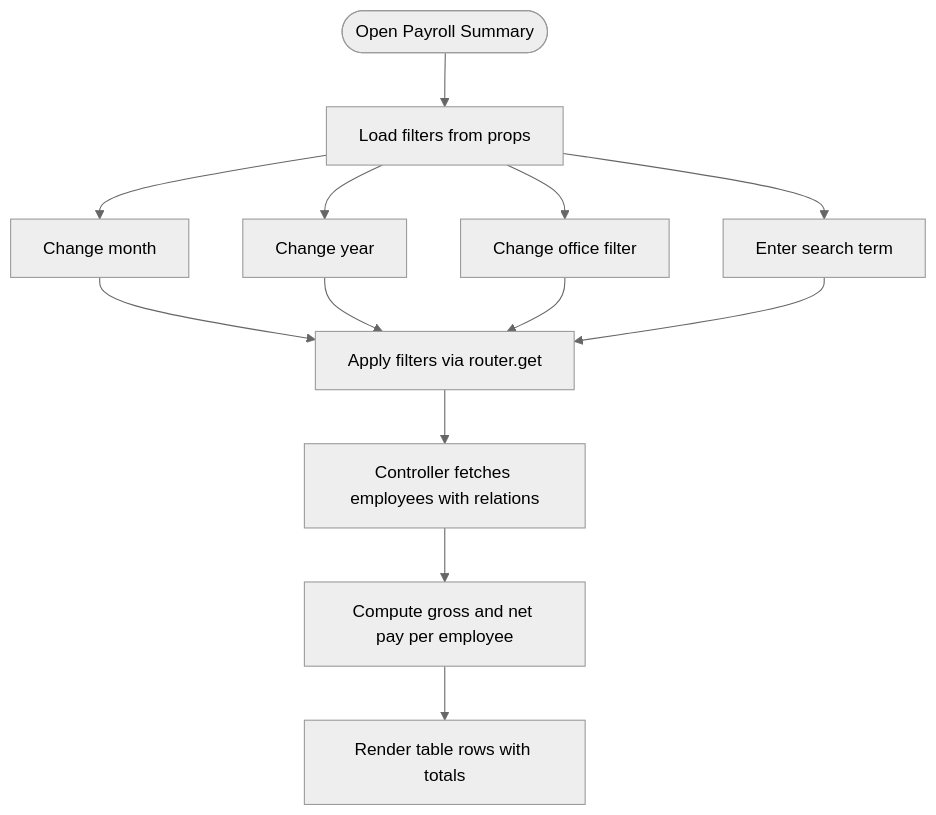
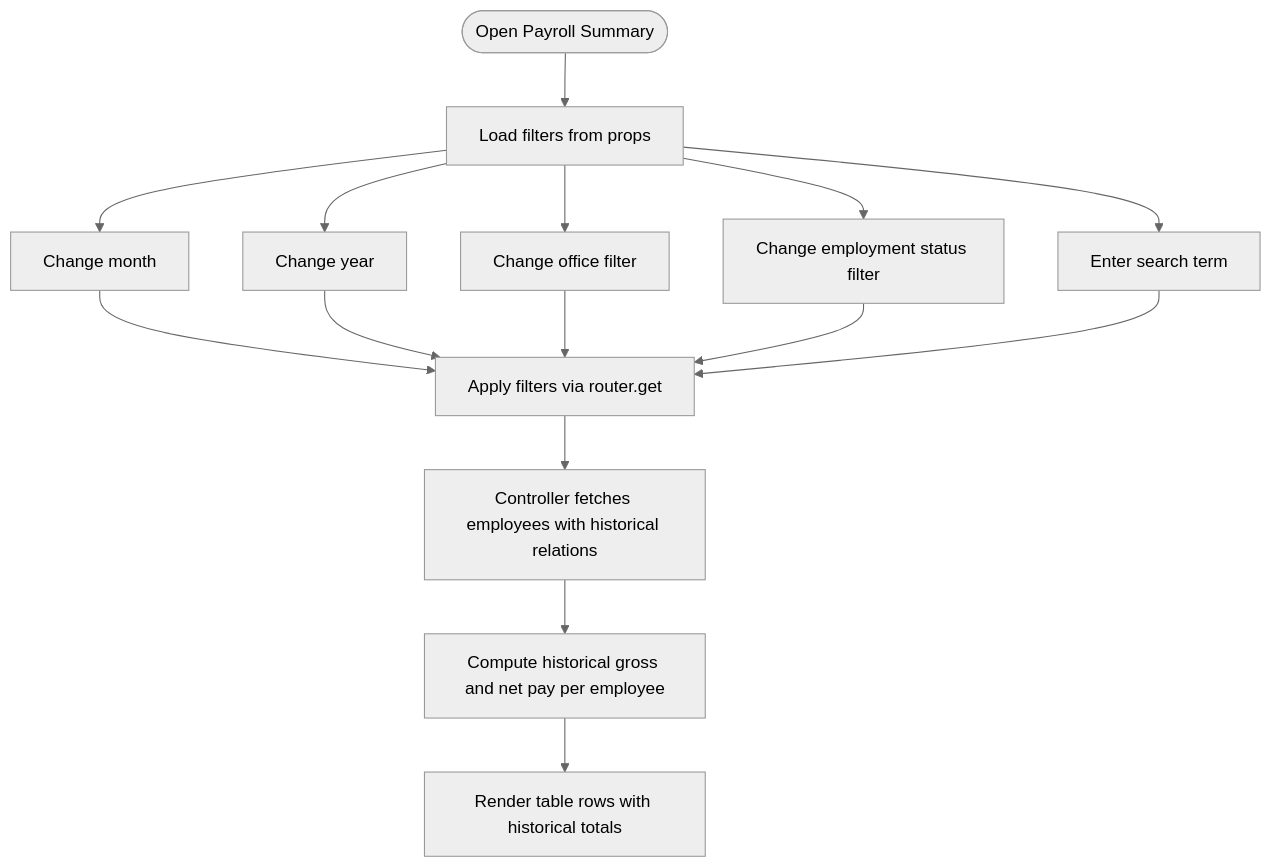
Before and after one commit to vincet0t15/template: the third of 12 diagrams in .qoder/repowiki/en/content/Payroll System/Payroll Reports & Analytics.md, drawn with Mermaid (neutral theme). The commit also changed other lines of this file and 11 other files, not shown here.

````diff
--- a/.qoder/repowiki/en/content/Payroll System/Payroll Reports & Analytics.md
+++ b/.qoder/repowiki/en/content/Payroll System/Payroll Reports & Analytics.md
@@ -127,15 +156,17 @@
 ```mermaid
 flowchart TD
 Start(["Open Payroll Summary"]) --> LoadFilters["Load filters from props"]
 LoadFilters --> ChangeMonth["Change month"]
 LoadFilters --> ChangeYear["Change year"]
 LoadFilters --> ChangeOffice["Change office filter"]
+LoadFilters --> ChangeStatus["Change employment status filter"]
 LoadFilters --> Search["Enter search term"]
 ChangeMonth --> Apply["Apply filters via router.get"]
 ChangeYear --> Apply
 ChangeOffice --> Apply
+ChangeStatus --> Apply
 Search --> Apply
-Apply --> Fetch["Controller fetches employees with relations"]
-Fetch --> Compute["Compute gross and net pay per employee"]
-Compute --> Render["Render table rows with totals"]
+Apply --> Fetch["Controller fetches employees with historical relations"]
+Fetch --> Compute["Compute historical gross and net pay per employee"]
+Compute --> Render["Render table rows with historical totals"]
 ```
````
